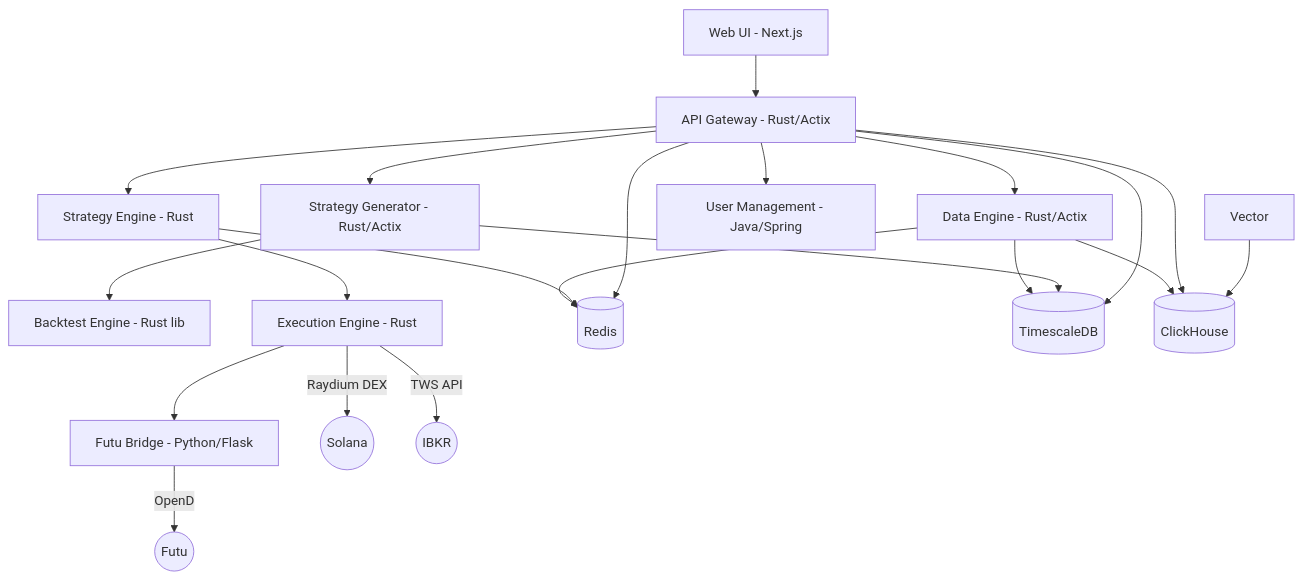
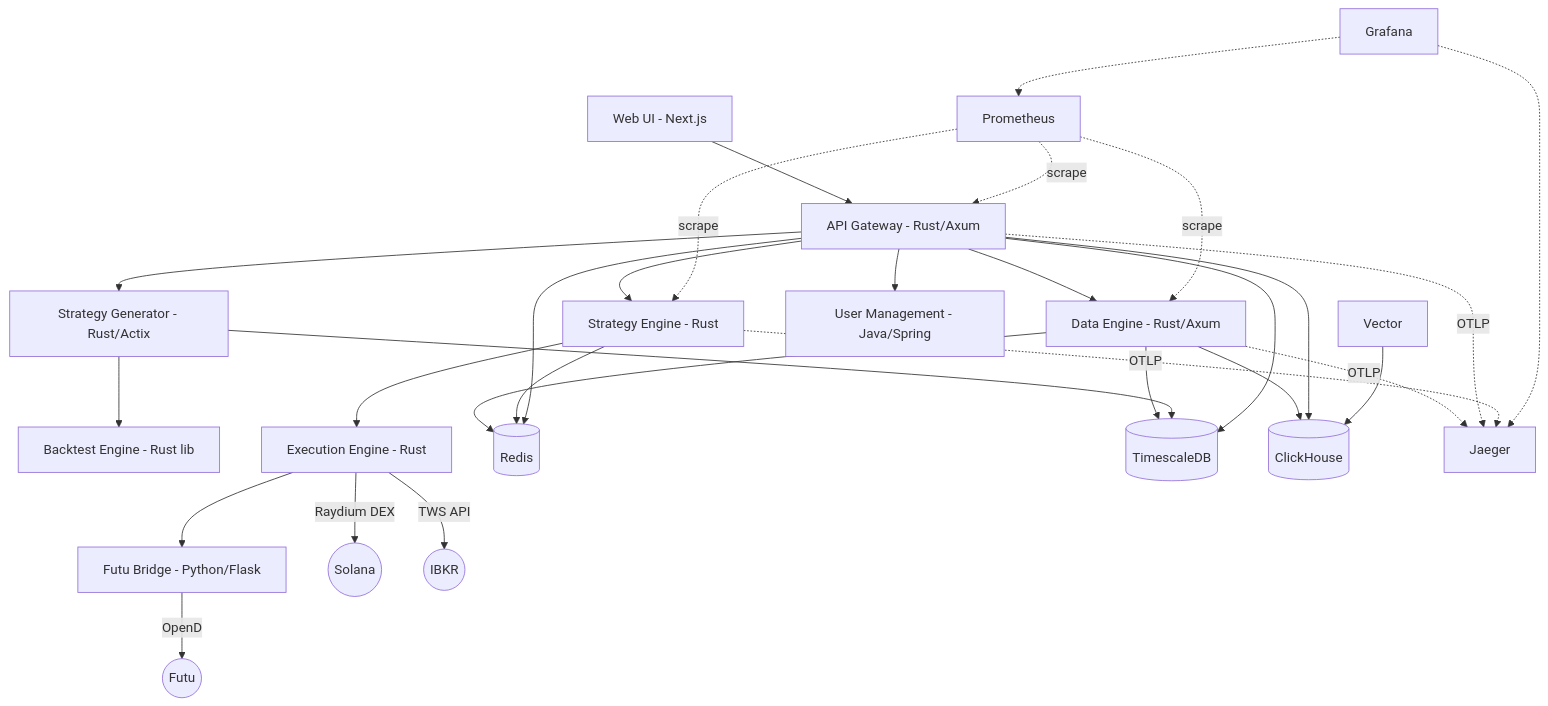
One commit to TomXiaoYZ/HermesFlow changed the diagram in docs/ARCHITECTURE.md. Above: the diagram before and after it, drawn with Mermaid. The commit also changed other lines of this file, not shown here.

First line of the commit message:
docs: update ARCHITECTURE.md with Phase 1-5 monitoring infrastructure

````diff
--- a/docs/ARCHITECTURE.md
+++ b/docs/ARCHITECTURE.md
@@ -7,27 +7,37 @@
 ```mermaid
 graph TD
-    User[Web UI - Next.js] --> Gateway[API Gateway - Rust/Actix]
-    Gateway --> DataEngine[Data Engine - Rust/Actix]
+    User[Web UI - Next.js] --> Gateway[API Gateway - Rust/Axum]
+    Gateway --> DataEngine[Data Engine - Rust/Axum]
     Gateway --> StratEngine[Strategy Engine - Rust]
     Gateway --> StratGen[Strategy Generator - Rust/Actix]
     Gateway --> UserMgmt[User Management - Java/Spring]
 
     StratGen --> BacktestEngine[Backtest Engine - Rust lib]
     StratEngine --> ExecEngine[Execution Engine - Rust]
     ExecEngine --> FutuBridge[Futu Bridge - Python/Flask]
 
     ExecEngine -->|Raydium DEX| Solana((Solana))
     ExecEngine -->|TWS API| IBKR((IBKR))
     FutuBridge -->|OpenD| Futu((Futu))
 
     DataEngine --> Redis[(Redis)]
     DataEngine --> TSDB[(TimescaleDB)]
     DataEngine --> CH[(ClickHouse)]
     StratEngine --> Redis
     StratGen --> TSDB
     Gateway --> Redis
     Gateway --> TSDB
     Gateway --> CH
 
     Vector[Vector] --> CH
+
+    DataEngine -.->|OTLP| Jaeger[Jaeger]
+    Gateway -.->|OTLP| Jaeger
+    StratEngine -.->|OTLP| Jaeger
+
+    Prometheus[Prometheus] -.->|scrape| DataEngine
+    Prometheus -.->|scrape| Gateway
+    Prometheus -.->|scrape| StratEngine
+    Grafana[Grafana] -.-> Prometheus
+    Grafana -.-> Jaeger
 ```
````
